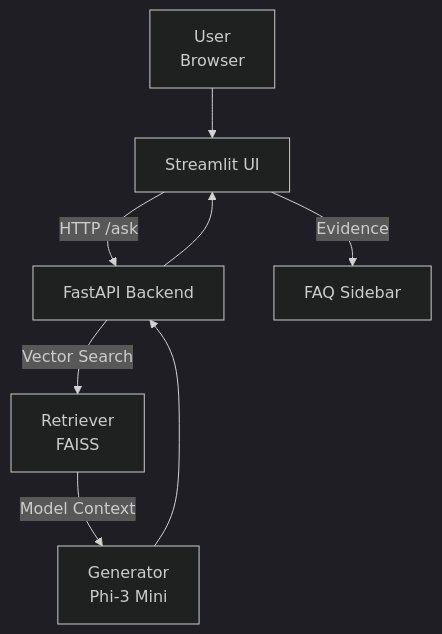
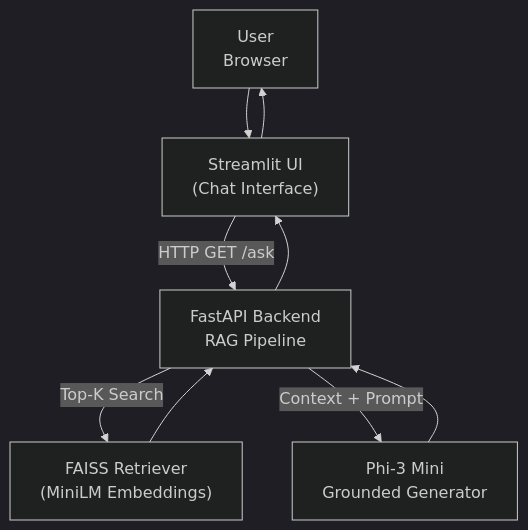
Before and after one commit to JDede1/rag-project: the first of 3 diagrams in README.md, drawn with Mermaid (dark theme). The commit also changed other lines of this file, not shown here.

````diff
--- a/README.md
+++ b/README.md
@@ -57,9 +257,9 @@
 ```mermaid
 flowchart TB
-    U["User<br>Browser"] --> S["Streamlit UI"]
-    S -->|HTTP /ask| A["FastAPI Backend"]
-    A -->|Vector Search| R["Retriever<br>FAISS"]
-    R -->|Model Context| G["Generator<br>Phi-3 Mini"]
-    G --> A --> S
-    S -->|Evidence| SB["FAQ Sidebar"]
+    U["User<br>Browser"] --> UI["Streamlit UI<br>(Chat Interface)"]
+    UI -->|HTTP GET /ask| API["FastAPI Backend<br>RAG Pipeline"]
+    API -->|Top-K Search| RET["FAISS Retriever<br>(MiniLM Embeddings)"]
+    RET --> API
+    API -->|Context + Prompt| GEN["Phi-3 Mini<br>Grounded Generator"]
+    GEN --> API --> UI --> U
 ```
````
